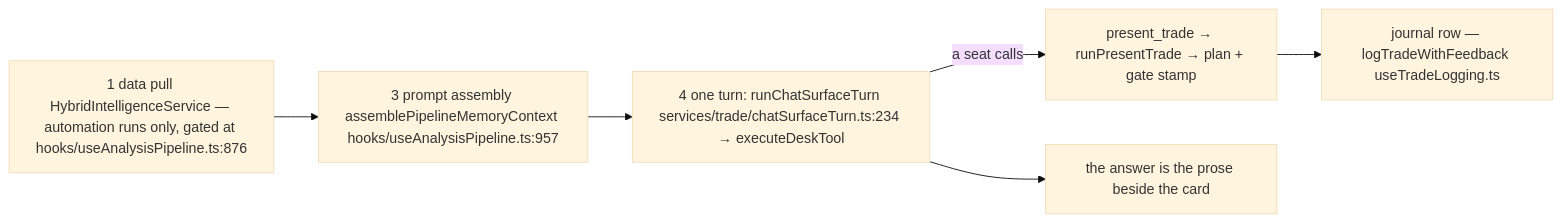
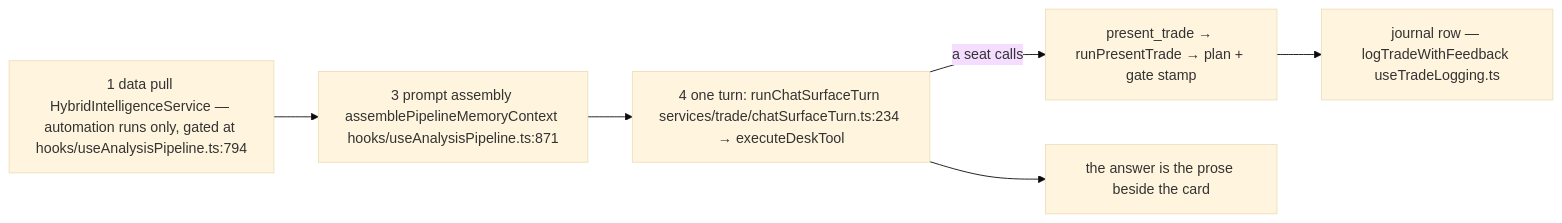
The third of 7 diagrams in docs/app-flow.md (Acepay25/august-3.5), drawn with Mermaid (base theme) before and after one commit. The commit also changed other lines of this file and 10 other files, not shown here.

````diff
--- a/docs/app-flow.md
+++ b/docs/app-flow.md
@@ -173,8 +173,8 @@
 ```mermaid
 flowchart LR
-    S1["1 data pull HybridIntelligenceService — automation runs only, gated at hooks/useAnalysisPipeline.ts:876"] --> S3["3 prompt assembly assemblePipelineMemoryContext hooks/useAnalysisPipeline.ts:957"]
+    S1["1 data pull HybridIntelligenceService — automation runs only, gated at hooks/useAnalysisPipeline.ts:794"] --> S3["3 prompt assembly assemblePipelineMemoryContext hooks/useAnalysisPipeline.ts:871"]
     S3 --> S4["4 one turn: runChatSurfaceTurn services/trade/chatSurfaceTurn.ts:234 → executeDeskTool"]
     S4 -->|a seat calls| PT["present_trade → runPresentTrade → plan + gate stamp"]
     PT --> JR["journal row — logTradeWithFeedback useTradeLogging.ts"]
     S4 --> ANS["the answer is the prose beside the card"]
 ```
````
